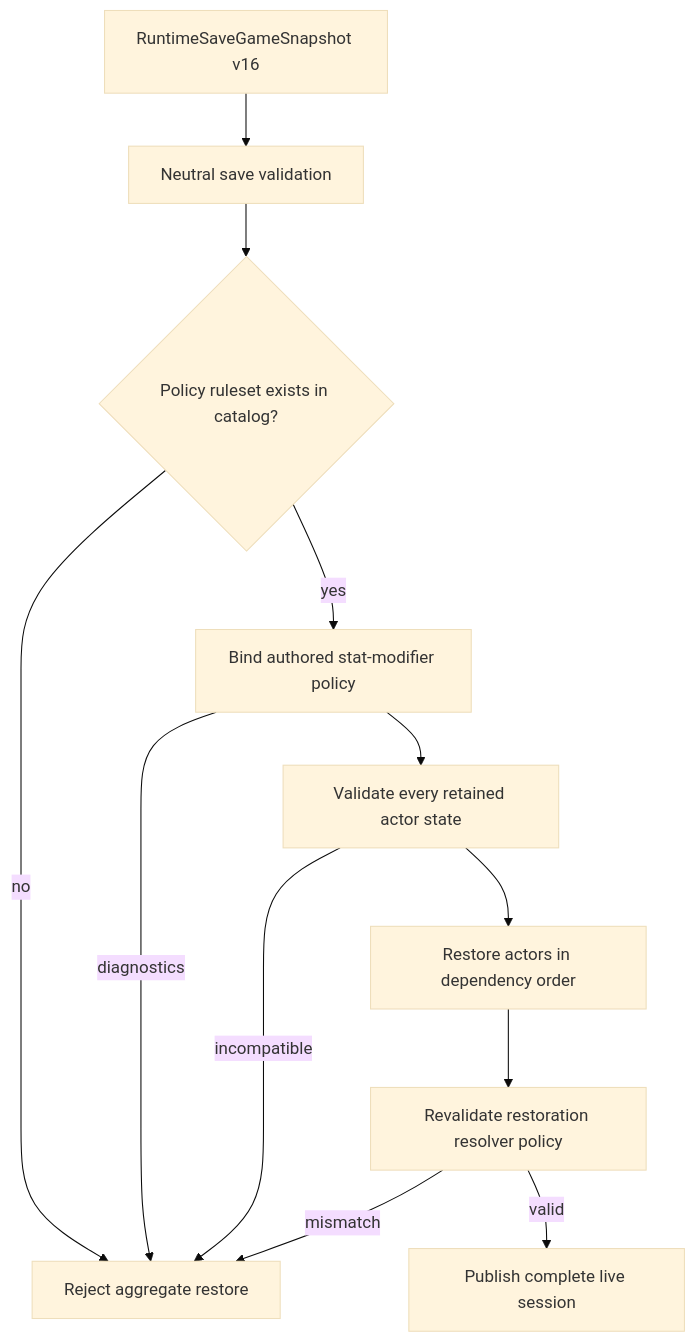
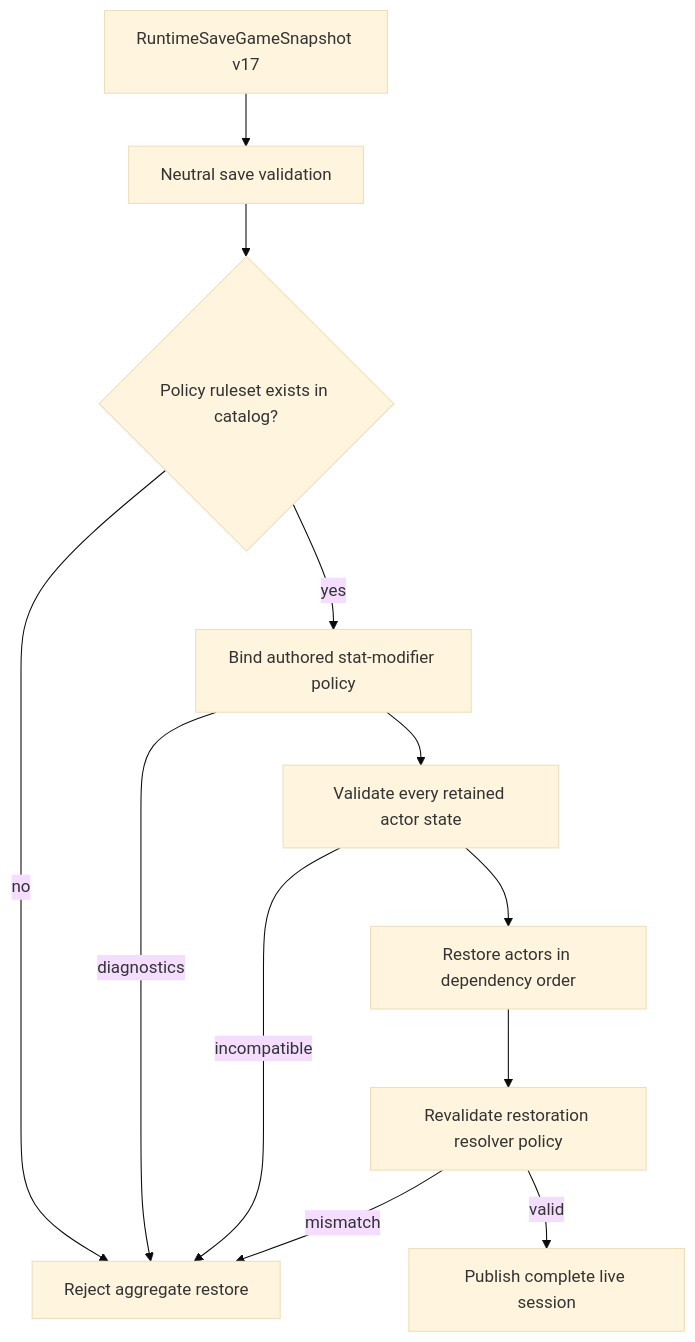
One commit to KayelC/Convergence changed the seventh of 7 diagrams in docs/technical/stat-modifier-policy-runtime.md. Above: the diagram before and after it, drawn with Mermaid (base theme). The commit also changed 41 other files, not shown here.

````diff
--- a/docs/technical/stat-modifier-policy-runtime.md
+++ b/docs/technical/stat-modifier-policy-runtime.md
@@ -329,14 +329,14 @@
 ```mermaid
 flowchart TD
-    S["RuntimeSaveGameSnapshot v16"] --> N["Neutral save validation"]
+    S["RuntimeSaveGameSnapshot v17"] --> N["Neutral save validation"]
     N --> C{"Policy ruleset exists in catalog?"}
     C -->|"no"| R["Reject aggregate restore"]
     C -->|"yes"| B["Bind authored stat-modifier policy"]
     B -->|"diagnostics"| R
     B --> V["Validate every retained actor state"]
     V -->|"incompatible"| R
     V --> A["Restore actors in dependency order"]
     A --> Q["Revalidate restoration resolver policy"]
     Q -->|"mismatch"| R
     Q -->|"valid"| L["Publish complete live session"]
 ```
````
